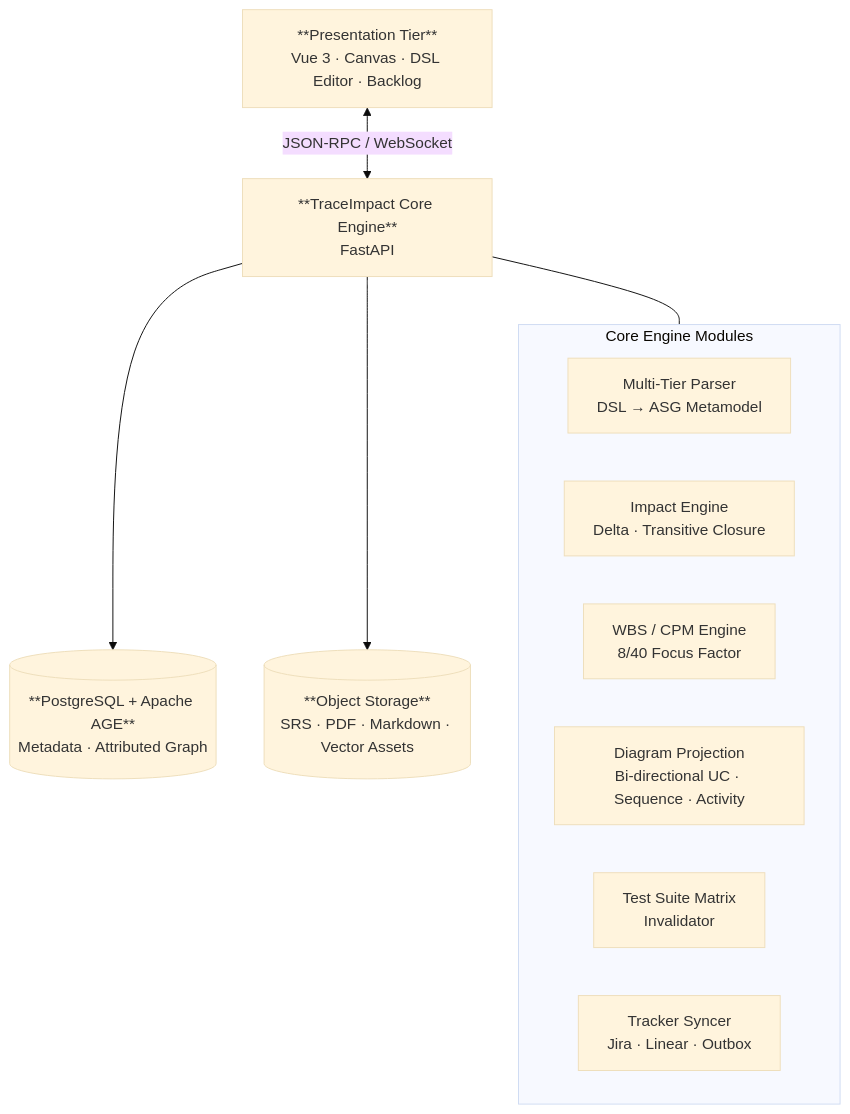
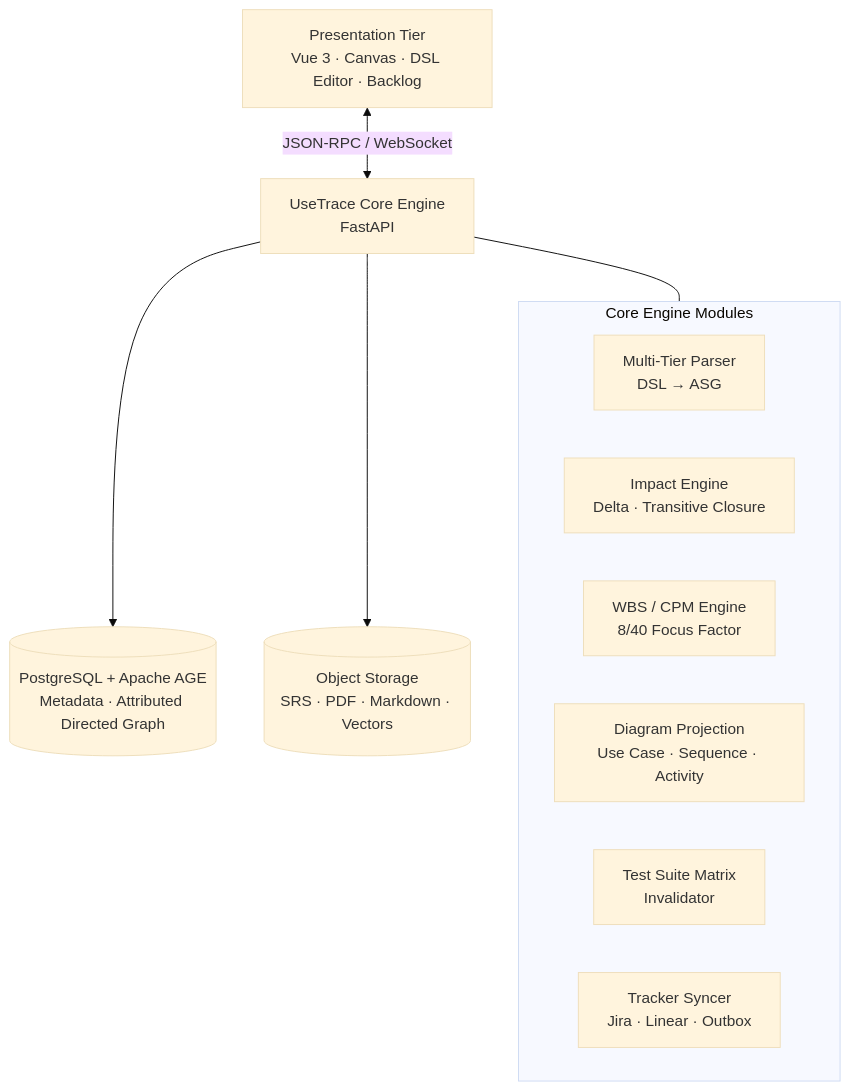
The first of 3 diagrams in docs/proposal.md (Vlad8800/F2-diploma-project), drawn with Mermaid (base theme) before and after one commit. The commit also changed other lines of this file, not shown here.

````diff
--- a/docs/proposal.md
+++ b/docs/proposal.md
@@ -51,22 +79,19 @@
 ```mermaid
 flowchart TB
-    UI["**Presentation Tier**<br/>Vue 3 · Canvas · DSL Editor · Backlog"]
-    CORE["**TraceImpact Core Engine**<br/>FastAPI"]
-    DB[("**PostgreSQL + Apache AGE**<br/>Metadata · Attributed Graph")]
-    S3[("**Object Storage**<br/>SRS · PDF · Markdown · Vector Assets")]
-
+    UI["Presentation Tier<br/>Vue 3 · Canvas · DSL Editor · Backlog"]
+    CORE["UseTrace Core Engine<br/>FastAPI"]
+    DB[("PostgreSQL + Apache AGE<br/>Metadata · Attributed Directed Graph")]
+    OS[("Object Storage<br/>SRS · PDF · Markdown · Vectors")]
     UI <-->|JSON-RPC / WebSocket| CORE
     CORE --> DB
-    CORE --> S3
-
-    subgraph CE["Core Engine Modules"]
-      P["Multi-Tier Parser<br/>DSL → ASG Metamodel"]
+    CORE --> OS
+    subgraph M["Core Engine Modules"]
+      P["Multi-Tier Parser<br/>DSL → ASG"]
       I["Impact Engine<br/>Delta · Transitive Closure"]
       W["WBS / CPM Engine<br/>8/40 Focus Factor"]
-      D["Diagram Projection<br/>Bi-directional UC · Sequence · Activity"]
-      T["Test Suite Matrix<br/>Invalidator"]
+      D["Diagram Projection<br/>Use Case · Sequence · Activity"]
+      Q["Test Suite Matrix<br/>Invalidator"]
       S["Tracker Syncer<br/>Jira · Linear · Outbox"]
     end
-
-    CORE --- CE
+    CORE --- M
 ```
````
